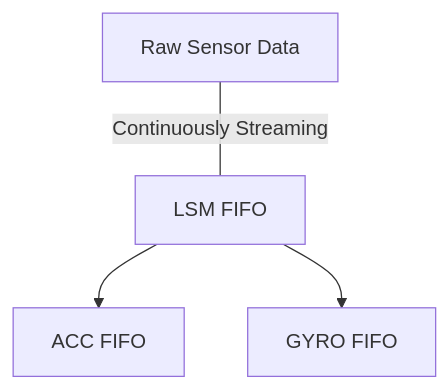
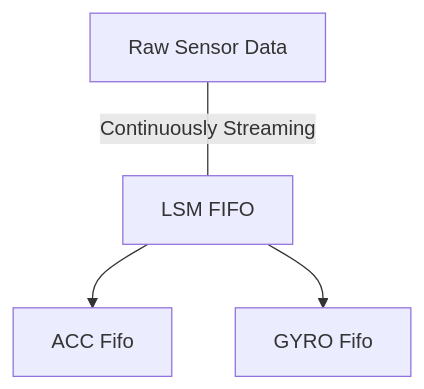
The second of 2 diagrams in README.md (TeamSunride/Arduino-LSM6DSO32), drawn with Mermaid before and after one commit. The commit also changed other lines of this file and 3 other files, not shown here.

````diff
--- a/README.md
+++ b/README.md
@@ -35,6 +35,6 @@
 ```mermaid
 graph TD;
     rawData[Raw Sensor Data]-- Continuously Streaming ---lsmFifo[LSM FIFO];
-    lsmFifo--> accFifo[ACC FIFO] & gyroFifo[GYRO FIFO];
+    lsmFifo--> accFifo[ACC Fifo] & gyroFifo[GYRO Fifo]
    
 ```
````
